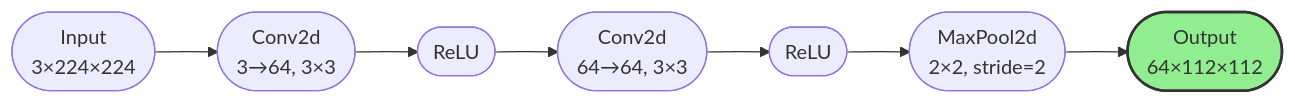
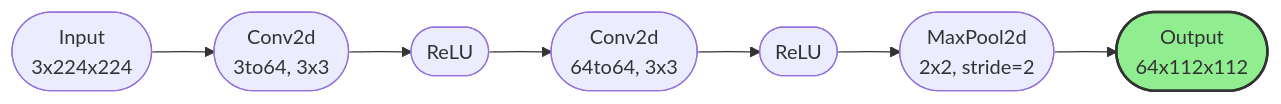
Before and after one commit to DanicaBlazanovic/CAP6415_F25_project_Input_Image_Reconstruction_from_Features: the second of 5 diagrams in COMBINED_METHODOLOGY_RESULTS.md, drawn with Mermaid. The commit also changed other lines of this file, not shown here.

````diff
--- a/COMBINED_METHODOLOGY_RESULTS.md
+++ b/COMBINED_METHODOLOGY_RESULTS.md
@@ -57,11 +57,11 @@
 ```mermaid
 graph LR
-    A([Input<br/>3×224×224]) --> B([Conv2d<br/>3→64, 3×3])
+    A([Input<br/>3x224x224]) --> B([Conv2d<br/>3to64, 3x3])
     B --> C([ReLU])
-    C --> D([Conv2d<br/>64→64, 3×3])
+    C --> D([Conv2d<br/>64to64, 3x3])
     D --> E([ReLU])
-    E --> F([MaxPool2d<br/>2×2, stride=2])
-    F --> G([Output<br/>64×112×112])
+    E --> F([MaxPool2d<br/>2x2, stride=2])
+    F --> G([Output<br/>64x112x112])
     
     style G fill:#90EE90,stroke:#333,stroke-width:2px
 ```
````
